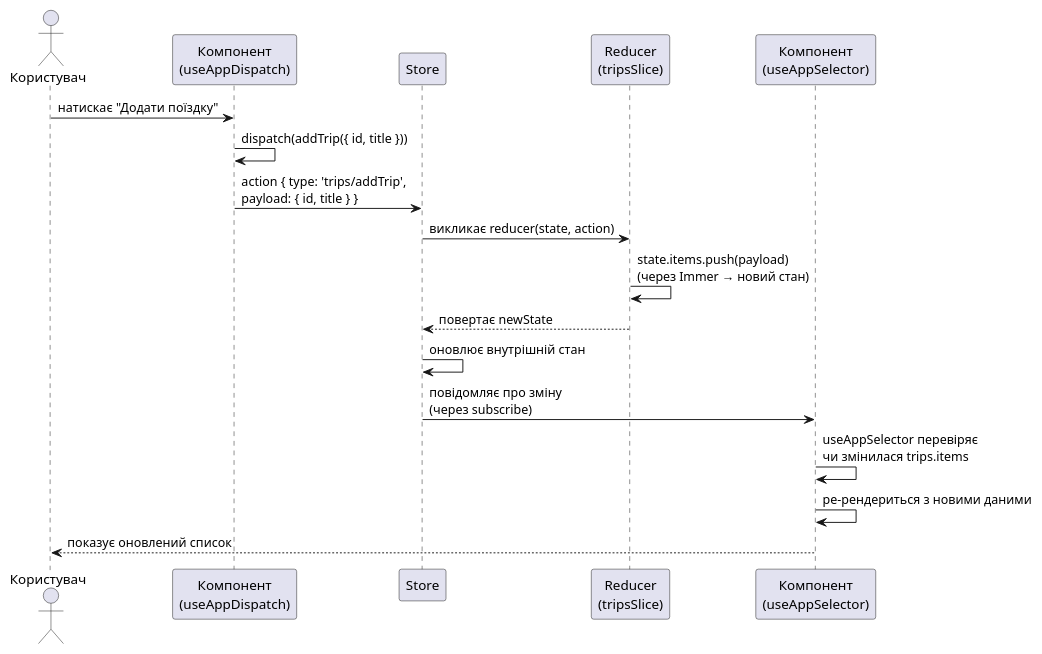
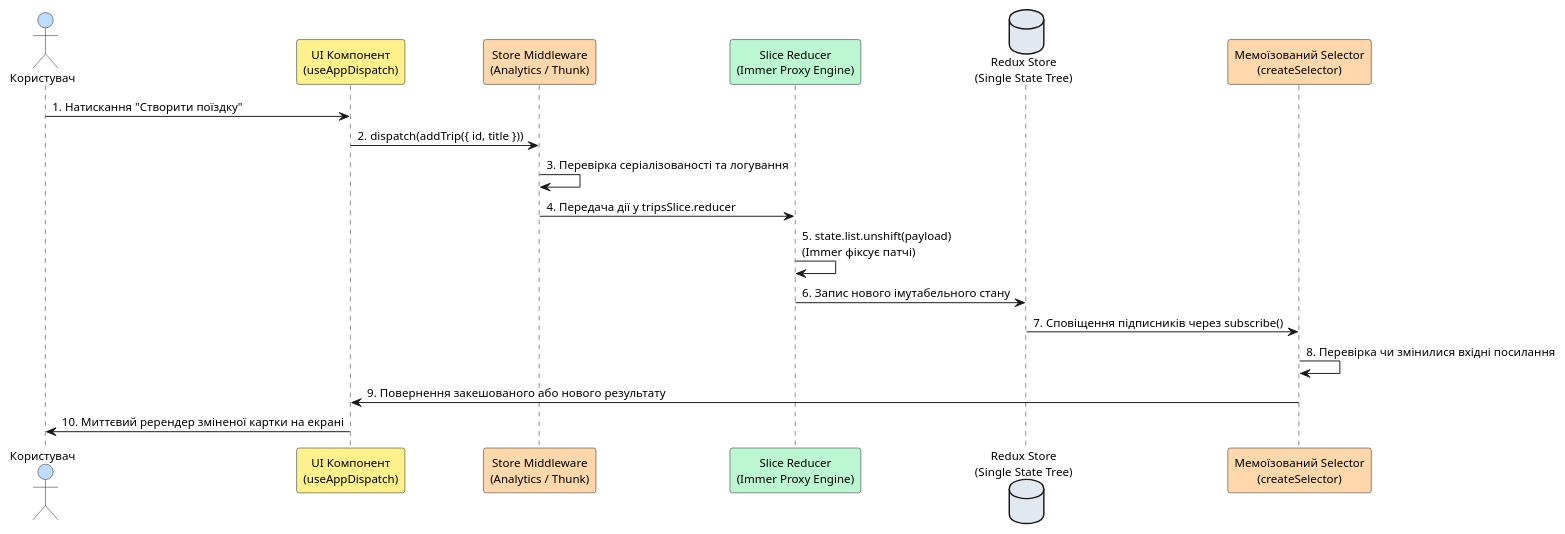
The third of 3 diagrams in content/15.react-native/version2/15.redux-toolkit-on-mobile.md (arakviel/kostyl.dev), drawn with PlantUML before and after one commit. The commit also changed other lines of this file and 9 other files, not shown here.

````diff
--- a/content/15.react-native/version2/15.redux-toolkit-on-mobile.md
+++ b/content/15.react-native/version2/15.redux-toolkit-on-mobile.md
@@ -427,24 +1121,27 @@
 ```plantuml
 @startuml
 skinparam backgroundColor #ffffff
 skinparam defaultFontName Arial
+skinparam defaultFontSize 12
 
-actor "Користувач" as User
-participant "Компонент\n(useAppDispatch)" as Component
-participant "Store" as Store
-participant "Reducer\n(tripsSlice)" as Reducer
-participant "Компонент\n(useAppSelector)" as Component2
+actor "Користувач" as User #bfdbfe
+participant "UI Компонент\n(useAppDispatch)" as Component #fef08a
+participant "Store Middleware\n(Analytics / Thunk)" as Middleware #fed7aa
+participant "Slice Reducer\n(Immer Proxy Engine)" as Reducer #bbf7d0
+database "Redux Store\n(Single State Tree)" as Store #e2e8f0
+participant "Мемоїзований Selector\n(createSelector)" as Selector #fed7aa
 
-User -> Component : натискає "Додати поїздку"
-Component -> Component : dispatch(addTrip({ id, title }))
-Component -> Store : action { type: 'trips/addTrip',\npayload: { id, title } }
-Store -> Reducer : викликає reducer(state, action)
-Reducer -> Reducer : state.items.push(payload)\n(через Immer → новий стан)
-Reducer --> Store : повертає newState
-Store -> Store : оновлює внутрішній стан
-Store -> Component2 : повідомляє про зміну\n(через subscribe)
-Component2 -> Component2 : useAppSelector перевіряє\nчи змінилася trips.items
-Component2 -> Component2 : ре-рендериться з новими даними
-Component2 --> User : показує оновлений список
+User -> Component : 1. Натискання "Створити поїздку"
+Component -> Middleware : 2. dispatch(addTrip({ id, title }))
+Middleware -> Middleware : 3. Перевірка серіалізованості та логування
+Middleware -> Reducer : 4. Передача дії у tripsSlice.reducer
+
+Reducer -> Reducer : 5. state.list.unshift(payload)\n(Immer фіксує патчі)
+Reducer -> Store : 6. Запис нового імутабельного стану
+Store -> Selector : 7. Сповіщення підписників через subscribe()
+
+Selector -> Selector : 8. Перевірка чи змінилися вхідні посилання
+Selector -> Component : 9. Повернення закешованого або нового результату
+Component -> User : 10. Миттєвий ререндер зміненої картки на екрані
 @enduml
 ```
````
